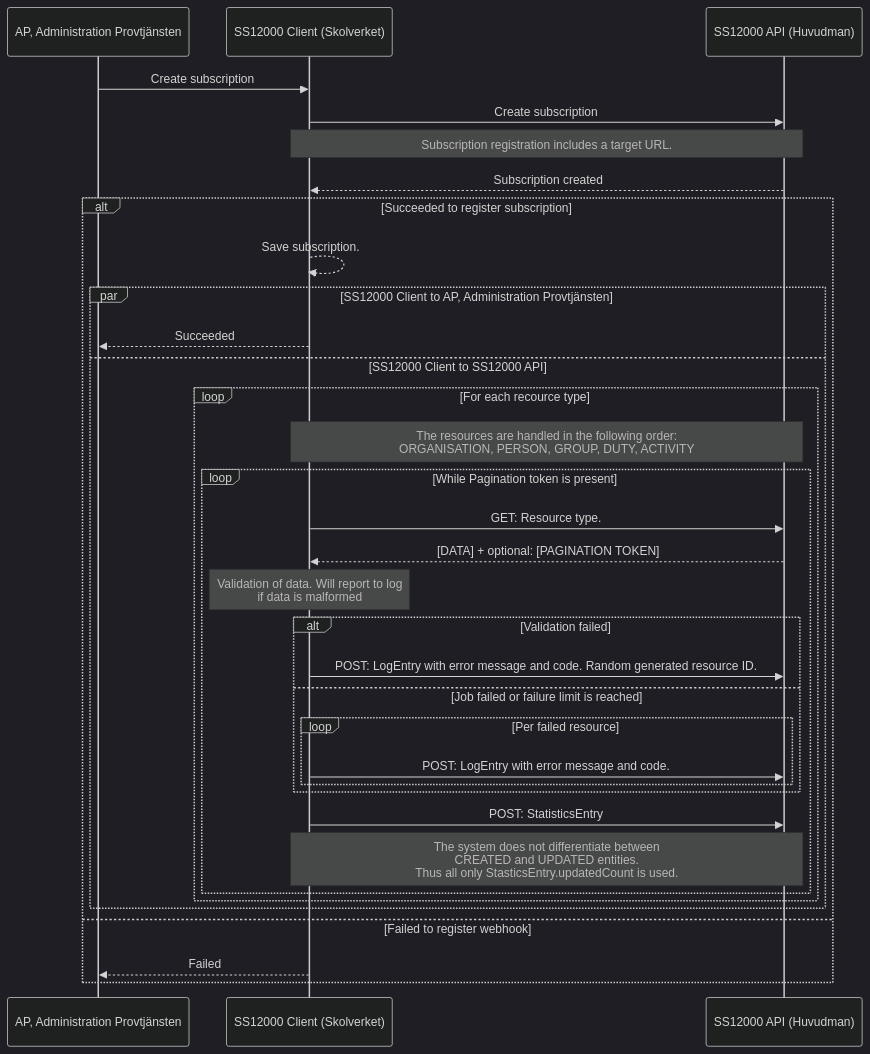
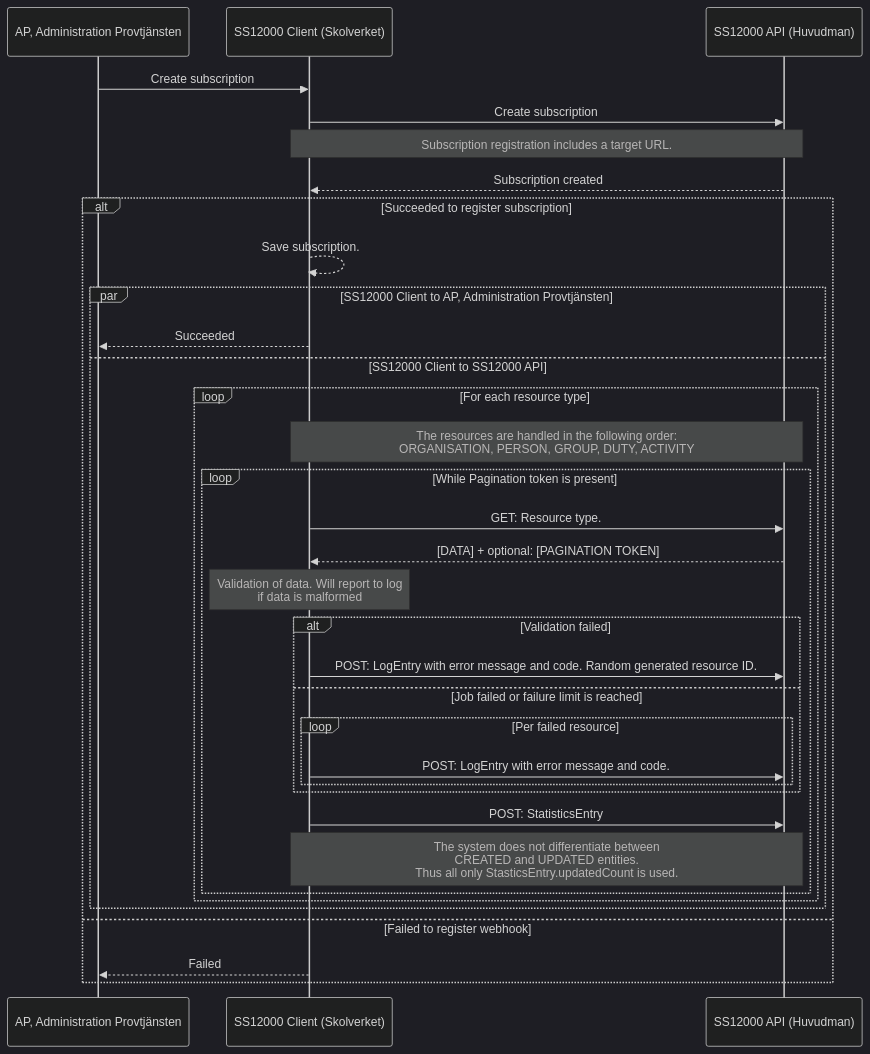
One commit to skolverket/dnp-usermanagement changed the first of 2 diagrams in ss12000-client/README.md. Above: the diagram before and after it, drawn with Mermaid (dark theme). The commit also changed 1 other file, not shown here.

Commit message:
Added new curl cmd in authentication-api readme

````diff
--- a/ss12000-client/README.md
+++ b/ss12000-client/README.md
@@ -15,36 +15,36 @@
 ```mermaid
 sequenceDiagram
     participant AP as AP, Administration Provtjänsten
     participant CLIENT as SS12000 Client (Skolverket)
     participant API as SS12000 API (Huvudman)
     AP ->> CLIENT: Create subscription
     CLIENT ->> API: Create subscription
     Note over CLIENT, API: Subscription registration includes a target URL.
     API -->> CLIENT: Subscription created
     alt Succeeded to register subscription
         CLIENT -->> CLIENT: Save subscription.
         par SS12000 Client to AP, Administration Provtjänsten
             CLIENT -->> AP: Succeeded
         and SS12000 Client to SS12000 API
-            loop For each recource type
+            loop For each resource type
                 Note over CLIENT, API: The resources are handled in the following order:<br>ORGANISATION, PERSON, GROUP, DUTY, ACTIVITY
                 loop While Pagination token is present
                     CLIENT ->> API: GET: Resource type.
                     API -->> CLIENT: [DATA] + optional: [PAGINATION TOKEN]
                     Note over CLIENT: Validation of data. Will report to log <br> if data is malformed
                     alt Validation failed
                         CLIENT ->> API: POST: LogEntry with error message and code. Random generated resource ID.
                     else Job failed or failure limit is reached
                         loop Per failed resource
                             CLIENT ->> API: POST: LogEntry with error message and code.
                         end
                     end
                     CLIENT ->> API: POST: StatisticsEntry
                     Note over CLIENT, API: The system does not differentiate between<br>CREATED and UPDATED entities.<br>Thus all only StasticsEntry.updatedCount is used.
                 end
             end
         end
     else Failed to register webhook
         CLIENT -->> AP: Failed
     end
 ```
````
